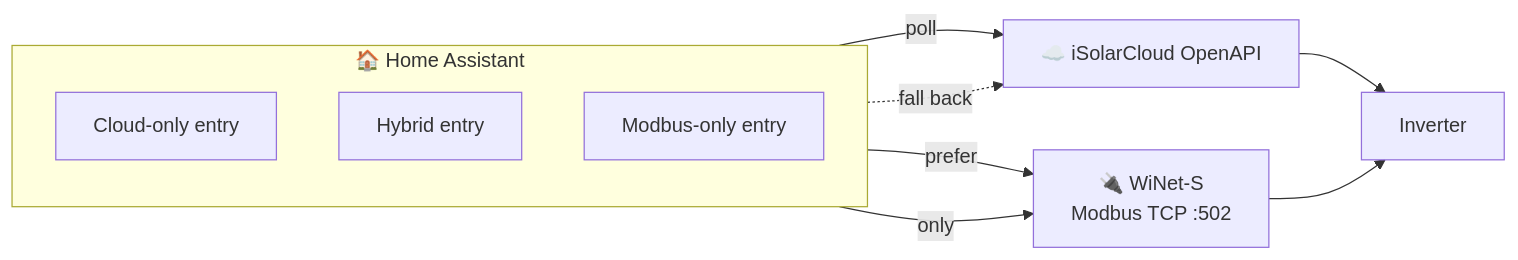
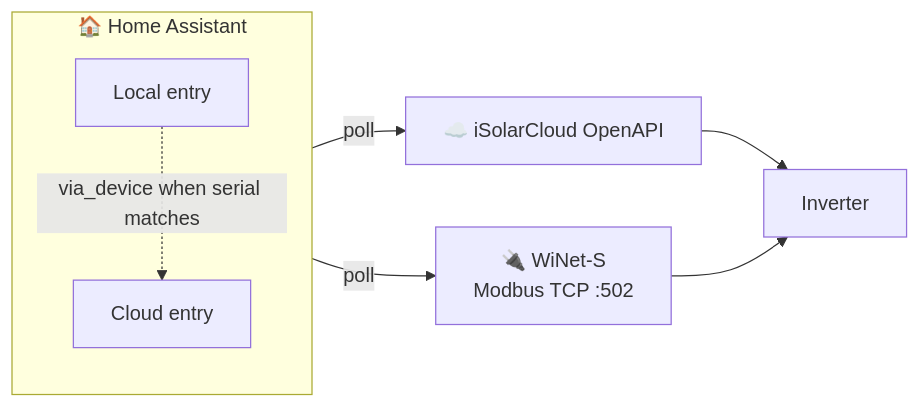
One commit to KRoperUK/sungrow-hass changed the diagram in docs/local-modbus.md. Above: the diagram before and after it, drawn with Mermaid. The commit also changed other lines of this file and 18 other files, not shown here.

First line of the commit message:
refactor: separate cloud and local Modbus (no hybrid merge)

````diff
--- a/docs/local-modbus.md
+++ b/docs/local-modbus.md
@@ -50,15 +46,13 @@
 ```mermaid
 flowchart LR
     subgraph HA["🏠 Home Assistant"]
         direction TB
-        CO["Cloud-only entry"]
-        HY["Hybrid entry"]
-        LO["Modbus-only entry"]
+        CO["Cloud entry"]
+        LO["Local entry"]
     end
     CO -->|"poll"| API["☁️ iSolarCloud OpenAPI"]
-    HY -->|"prefer"| WN["🔌 WiNet-S<br/>Modbus TCP :502"]
-    HY -.->|"fall back"| API
-    LO -->|"only"| WN
+    LO -->|"poll"| WN["🔌 WiNet-S<br/>Modbus TCP :502"]
     API --> INV["Inverter"]
     WN --> INV
+    LO -.->|"via_device when serial matches"| CO
 ```
````
